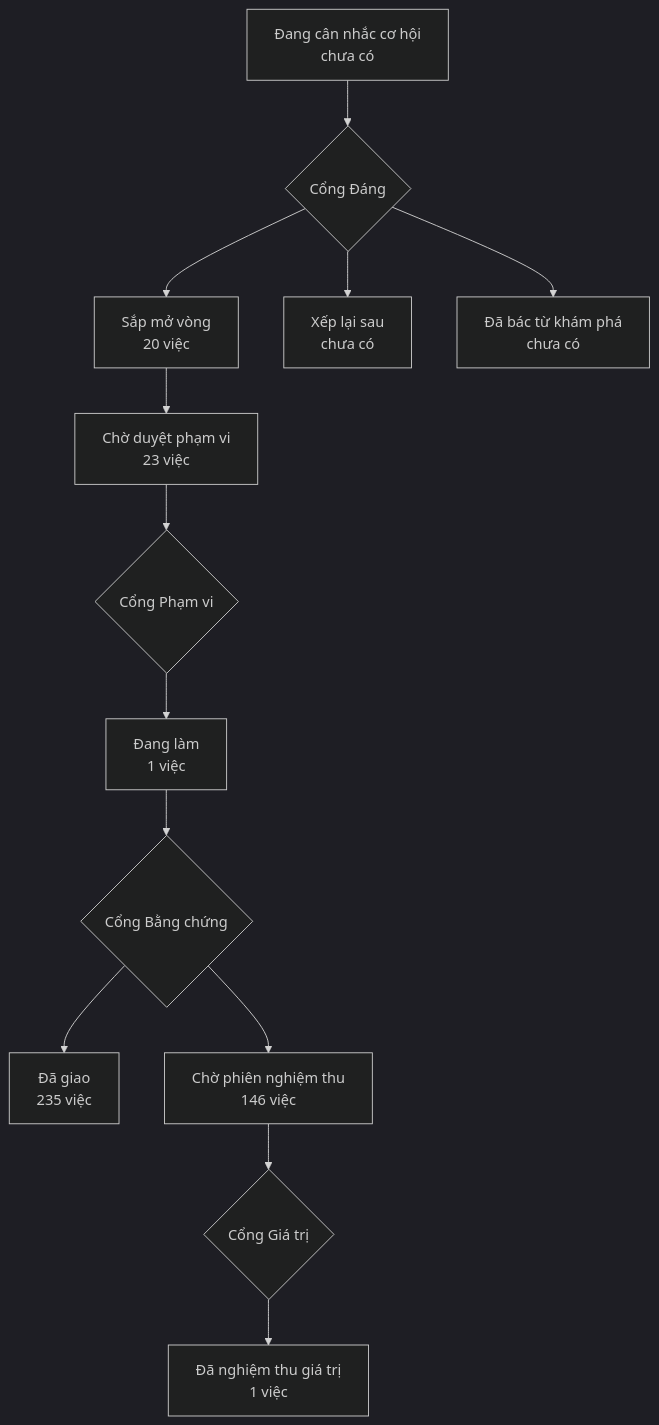
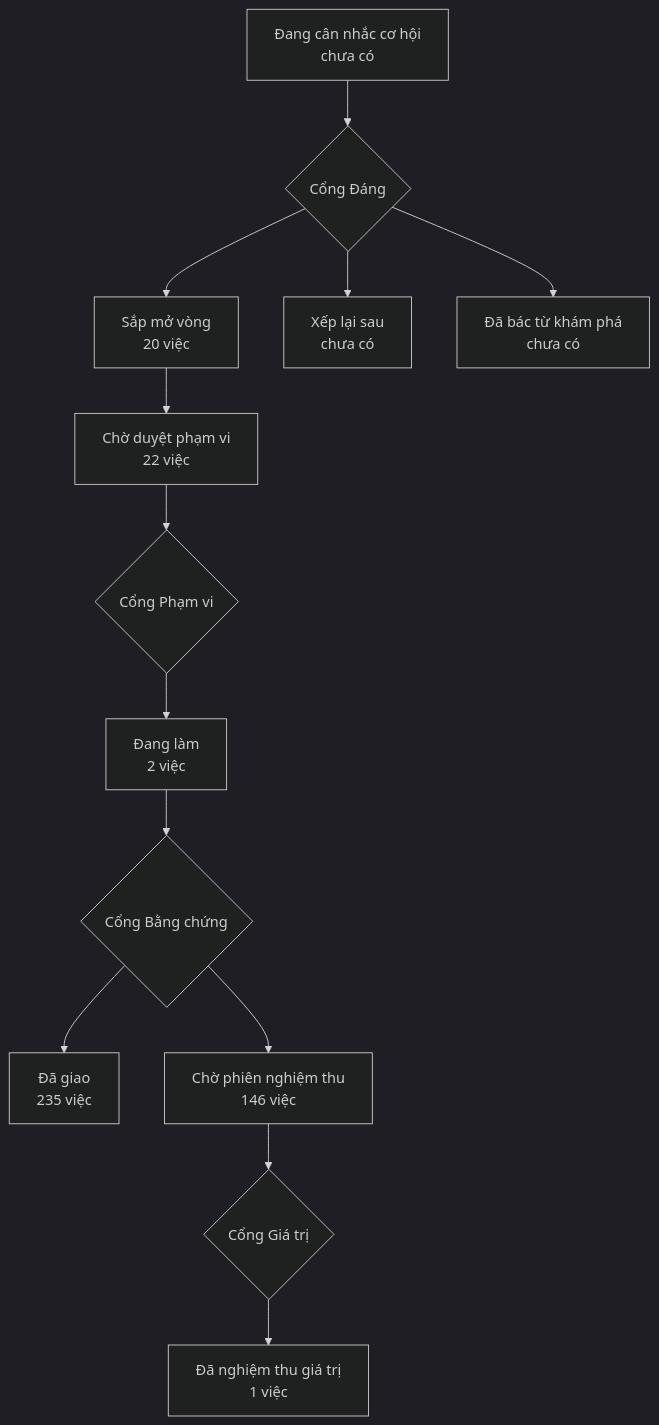
One commit to phanlemanh/onehub-invest changed the diagram in PRODUCT-MAP.md. Above: the diagram before and after it, drawn with Mermaid (dark theme). The commit also changed 2 other files, not shown here.

Commit message:
docs(acceptance): ZC18 Cổng Phạm vi đã duyệt (Mạnh 27/11)
Hỏi-1 cài, Hỏi-2 một vùng, Hỏi-3 60 phút — đặt khi cài lịch sau KEV1.

````diff
--- a/PRODUCT-MAP.md
+++ b/PRODUCT-MAP.md
@@ -7,12 +7,12 @@
 ```mermaid
 flowchart TD
   A["Đang cân nhắc cơ hội<br/>chưa có"] --> GD{"Cổng Đáng"}
   GD --> B["Sắp mở vòng<br/>20 việc"]
   GD --> XL["Xếp lại sau<br/>chưa có"]
   GD --> DB["Đã bác từ khám phá<br/>chưa có"]
-  B --> CD["Chờ duyệt phạm vi<br/>23 việc"] --> GP{"Cổng Phạm vi"}
-  GP --> DL["Đang làm<br/>1 việc"] --> GB{"Cổng Bằng chứng"}
+  B --> CD["Chờ duyệt phạm vi<br/>22 việc"] --> GP{"Cổng Phạm vi"}
+  GP --> DL["Đang làm<br/>2 việc"] --> GB{"Cổng Bằng chứng"}
   GB --> DG["Đã giao<br/>235 việc"]
   GB --> CN["Chờ phiên nghiệm thu<br/>146 việc"] --> GG{"Cổng Giá trị"}
   GG --> NT["Đã nghiệm thu giá trị<br/>1 việc"]
 ```
````
